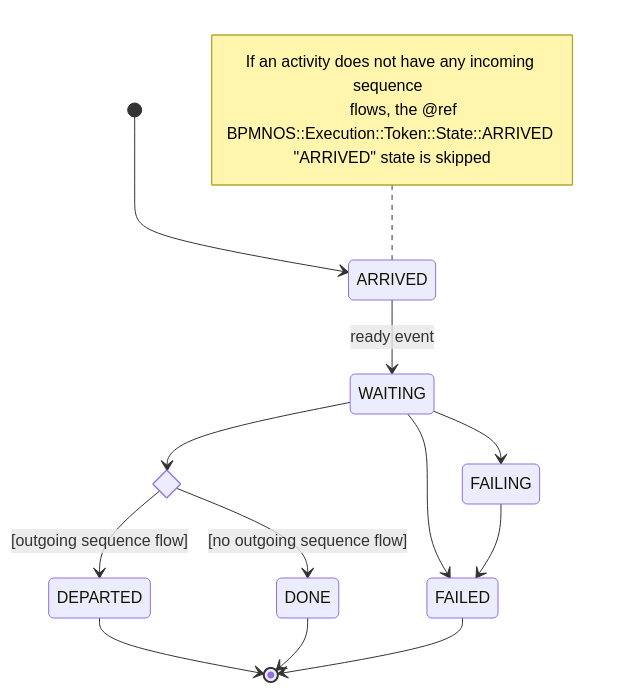
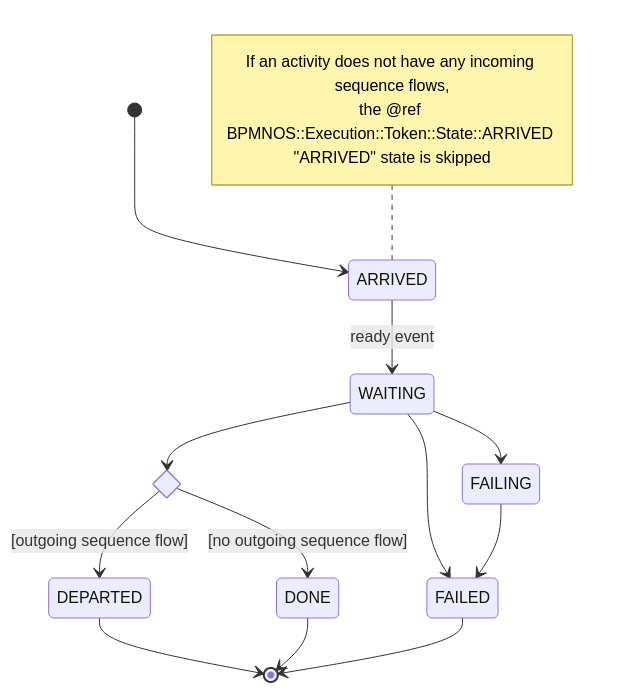
Before and after one commit to bpmn-os/bpmnos-engine: the first of 2 diagrams in docs/md/token_flow_logic_multi_instance_activities.md, drawn with Mermaid. The commit also changed 6 other files, not shown here.

```diff
--- a/docs/md/token_flow_logic_multi_instance_activities.md
+++ b/docs/md/token_flow_logic_multi_instance_activities.md
@@ -9,19 +9,19 @@
 <pre class="mermaid">
 stateDiagram-v2
     state departure <<choice>>
     [*] --> ARRIVED
     note left of ARRIVED
-      If an activity does not have any incoming sequence  
-      flows, the @ref BPMNOS::Execution::Token::State::ARRIVED "ARRIVED" state is skipped 
+      If an activity does not have any incoming sequence flows,
+      the @ref BPMNOS::Execution::Token::State::ARRIVED "ARRIVED" state is skipped 
     end note
     ARRIVED --> WAITING: ready event
     WAITING --> departure
     WAITING --> FAILING
     WAITING --> FAILED
     FAILING --> FAILED
     departure --> DEPARTED: [outgoing sequence flow]
     departure --> DONE: [no outgoing sequence flow]
     DEPARTED --> [*]
     DONE --> [*]
     FAILED --> [*]
 </pre>
```
